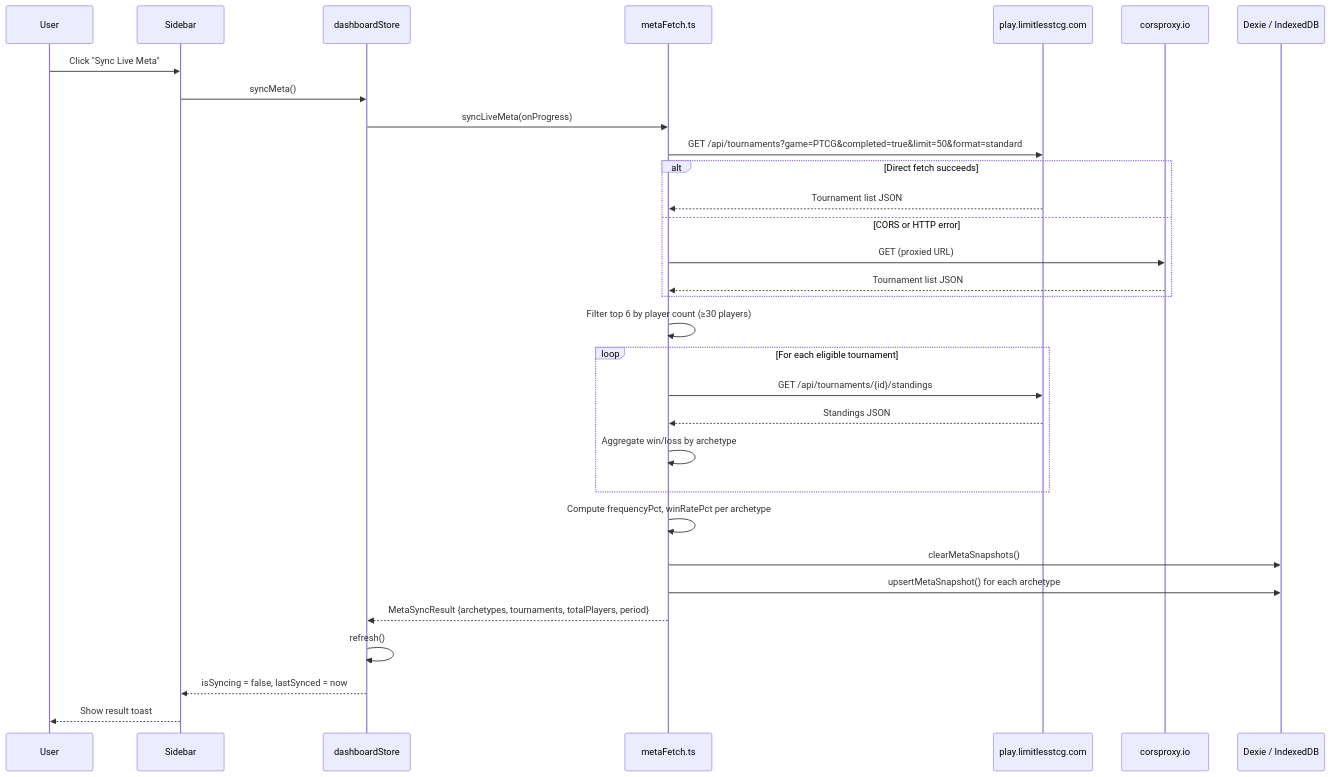
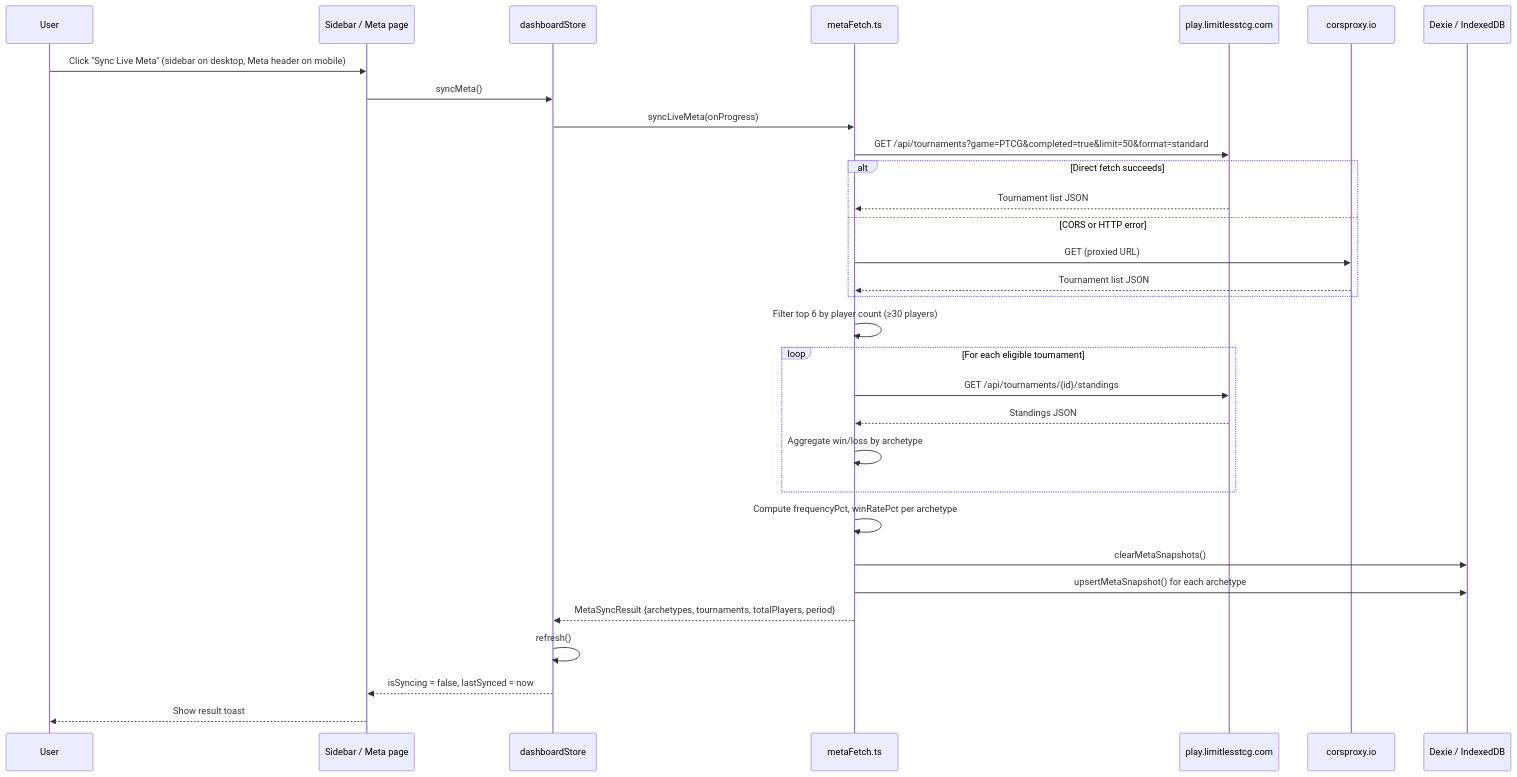
The third of 10 diagrams in docs/data-flow.md (konradthiemann/Pokekon), drawn with Mermaid before and after one commit. The commit also changed 4 other files, not shown here.

First line of the commit message:
fix(web): make "Sync Live Meta" reachable on mobile

````diff
--- a/docs/data-flow.md
+++ b/docs/data-flow.md
@@ -71,34 +71,34 @@
 ```mermaid
 sequenceDiagram
     participant User
-    participant Sidebar
+    participant UI as Sidebar / Meta page
     participant Store as dashboardStore
     participant MetaFetch as metaFetch.ts
     participant Limitless as play.limitlesstcg.com
     participant CORSProxy as corsproxy.io
     participant DB as Dexie / IndexedDB
 
-    User->>Sidebar: Click "Sync Live Meta"
-    Sidebar->>Store: syncMeta()
+    User->>UI: Click "Sync Live Meta" (sidebar on desktop, Meta header on mobile)
+    UI->>Store: syncMeta()
     Store->>MetaFetch: syncLiveMeta(onProgress)
     MetaFetch->>Limitless: GET /api/tournaments?game=PTCG&completed=true&limit=50&format=standard
     alt Direct fetch succeeds
         Limitless-->>MetaFetch: Tournament list JSON
     else CORS or HTTP error
         MetaFetch->>CORSProxy: GET (proxied URL)
         CORSProxy-->>MetaFetch: Tournament list JSON
     end
     MetaFetch->>MetaFetch: Filter top 6 by player count (≥30 players)
     loop For each eligible tournament
         MetaFetch->>Limitless: GET /api/tournaments/{id}/standings
         Limitless-->>MetaFetch: Standings JSON
         MetaFetch->>MetaFetch: Aggregate win/loss by archetype
     end
     MetaFetch->>MetaFetch: Compute frequencyPct, winRatePct per archetype
     MetaFetch->>DB: clearMetaSnapshots()
     MetaFetch->>DB: upsertMetaSnapshot() for each archetype
     MetaFetch-->>Store: MetaSyncResult {archetypes, tournaments, totalPlayers, period}
     Store->>Store: refresh()
-    Store-->>Sidebar: isSyncing = false, lastSynced = now
-    Sidebar-->>User: Show result toast
+    Store-->>UI: isSyncing = false, lastSynced = now
+    UI-->>User: Show result toast
 ```
````
